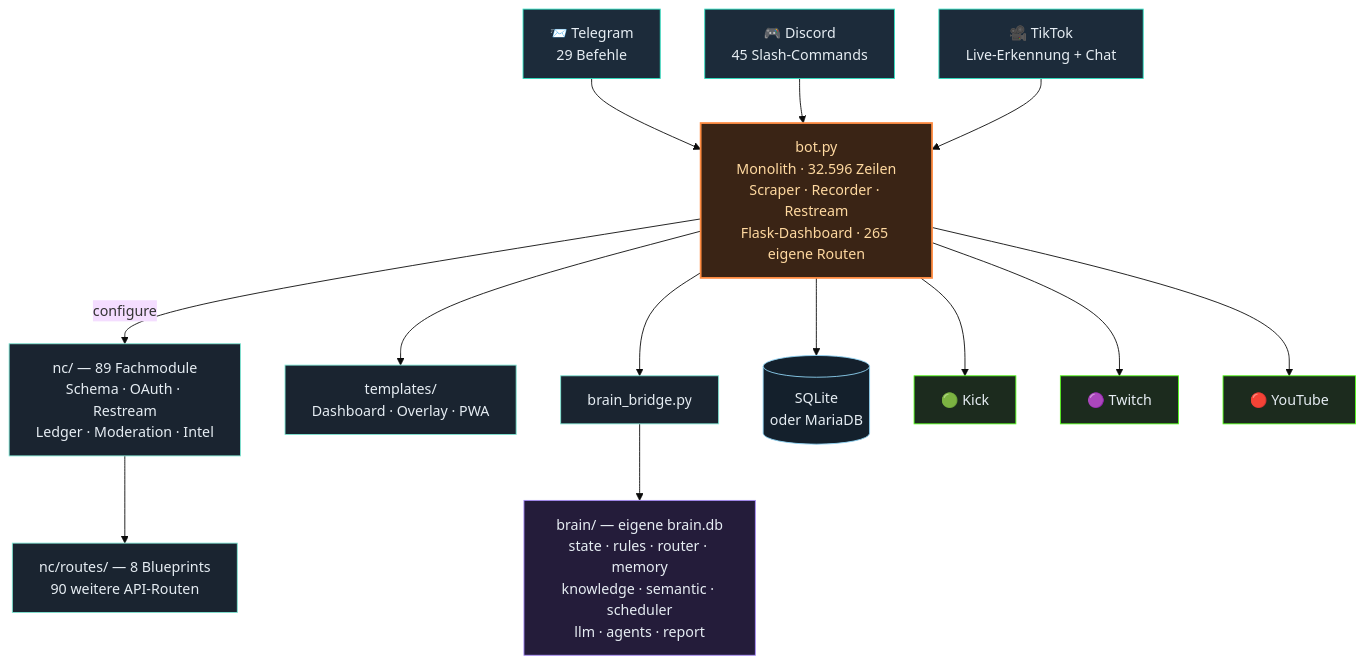
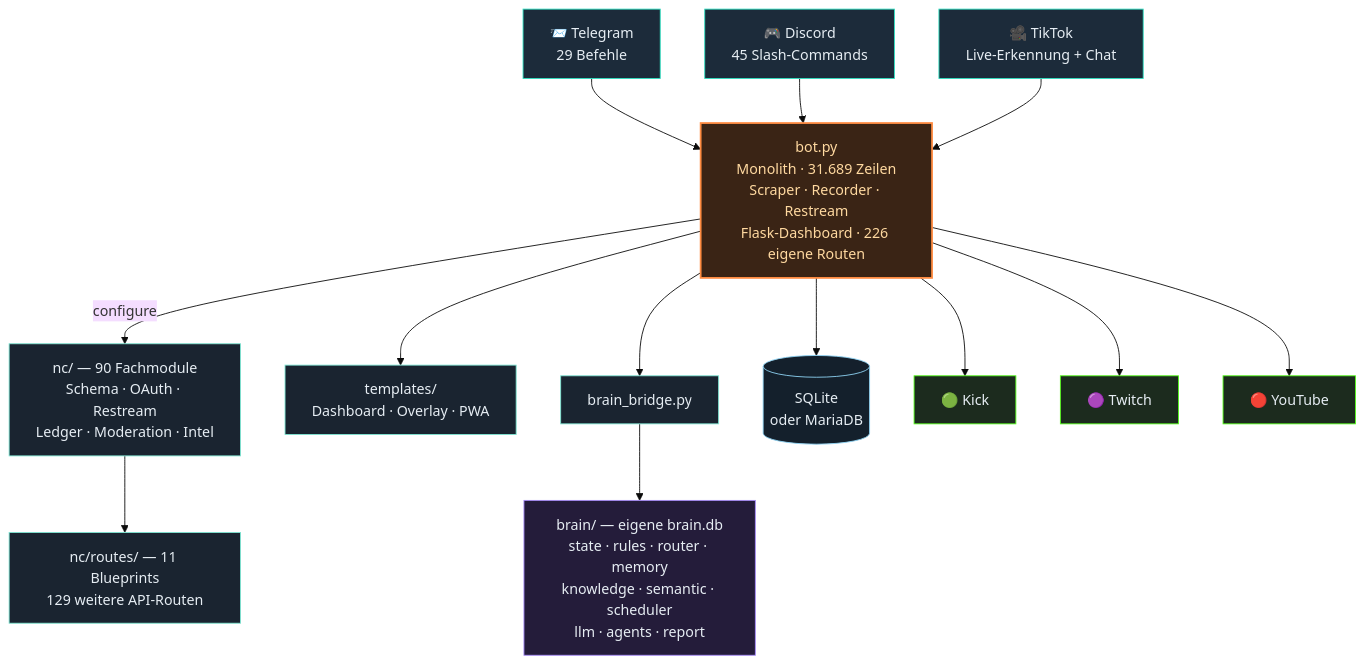
One commit to itsamemedev/Telegram-Stream-Info-Bot changed the third of 4 diagrams in README.md. Above: the diagram before and after it, drawn with Mermaid (base theme). The commit also changed other lines of this file and 14 other files, not shown here.

First line of the commit message:
W116: drei Blueprints auf einmal — settings, ops, money (39 Routen, 914 Zeilen)

````diff
--- a/README.md
+++ b/README.md
@@ -187,30 +187,30 @@
 ```mermaid
 flowchart TB
     TG["📨 Telegram<br/>29 Befehle"]:::ein
     DC["🎮 Discord<br/>45 Slash-Commands"]:::ein
     TT["🎥 TikTok<br/>Live-Erkennung + Chat"]:::ein
 
     TG --> BOT
     DC --> BOT
     TT --> BOT
 
-    BOT["bot.py<br/>Monolith · 32.596 Zeilen<br/>Scraper · Recorder · Restream<br/>Flask-Dashboard · 265 eigene Routen"]:::core
+    BOT["bot.py<br/>Monolith · 31.689 Zeilen<br/>Scraper · Recorder · Restream<br/>Flask-Dashboard · 226 eigene Routen"]:::core
 
-    BOT -->|configure| NC["nc/ — 89 Fachmodule<br/>Schema · OAuth · Restream<br/>Ledger · Moderation · Intel"]:::lib
-    NC --> RT["nc/routes/ — 8 Blueprints<br/>90 weitere API-Routen"]:::lib
+    BOT -->|configure| NC["nc/ — 90 Fachmodule<br/>Schema · OAuth · Restream<br/>Ledger · Moderation · Intel"]:::lib
+    NC --> RT["nc/routes/ — 11 Blueprints<br/>129 weitere API-Routen"]:::lib
     BOT --> TPL["templates/<br/>Dashboard · Overlay · PWA"]:::lib
     BOT --> BR["brain_bridge.py"]:::lib
     BR --> BRAIN["brain/ — eigene brain.db<br/>state · rules · router · memory<br/>knowledge · semantic · scheduler<br/>llm · agents · report"]:::brain
     BOT --> DB[("SQLite<br/>oder MariaDB")]:::db
 
     BOT --> KICK["🟢 Kick"]:::out
     BOT --> TW["🟣 Twitch"]:::out
     BOT --> YT["🔴 YouTube"]:::out
 
     classDef ein fill:#1c2b3a,stroke:#2de1c2,color:#e6edf3
     classDef core fill:#3a2415,stroke:#ff8c42,stroke-width:2px,color:#ffd9a0
     classDef lib fill:#1a2430,stroke:#7fe7d4,color:#e6edf3
     classDef brain fill:#241c3a,stroke:#a78bfa,color:#e6edf3
     classDef db fill:#14202c,stroke:#8fd3f4,color:#e6edf3
     classDef out fill:#1c2b1e,stroke:#53fc18,color:#e6edf3
 ```
````
